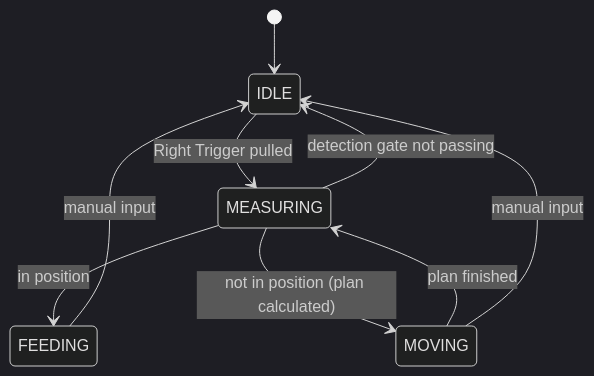
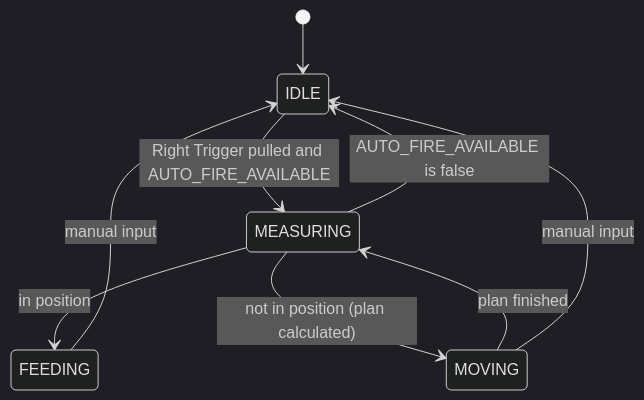
The diagram in TELEOP_TECHNICAL_REQUIREMENTS.md (smbongio/IronEaglesFTC2026), drawn with Mermaid (dark theme) before and after one commit. The commit also changed other lines of this file and 2 other files, not shown here.

Commit message:
Limit auto fire to the shooting cone and split Hub availability flags

````diff
--- a/TELEOP_TECHNICAL_REQUIREMENTS.md
+++ b/TELEOP_TECHNICAL_REQUIREMENTS.md
@@ -241,11 +252,11 @@
 ```mermaid
 stateDiagram-v2
     [*] --> IDLE
-    IDLE --> MEASURING: Right Trigger pulled
-    MEASURING --> IDLE: detection gate not passing
+    IDLE --> MEASURING: Right Trigger pulled and AUTO_FIRE_AVAILABLE
+    MEASURING --> IDLE: AUTO_FIRE_AVAILABLE is false
     MEASURING --> FEEDING: in position
     MEASURING --> MOVING: not in position (plan calculated)
     MOVING --> MEASURING: plan finished
     FEEDING --> IDLE: manual input
     MOVING --> IDLE: manual input
 ```
````
